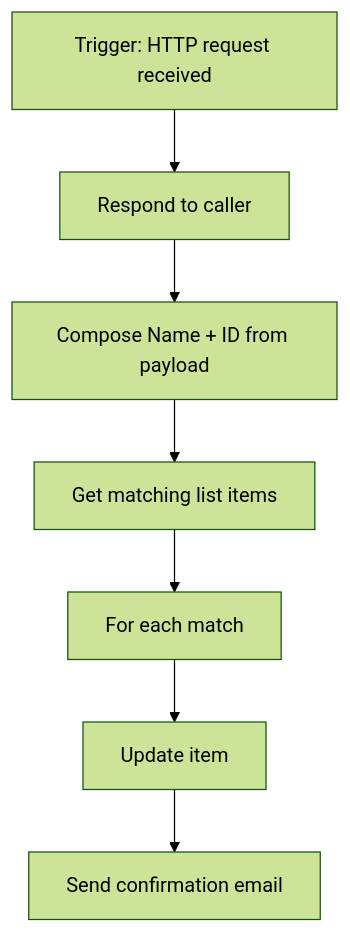
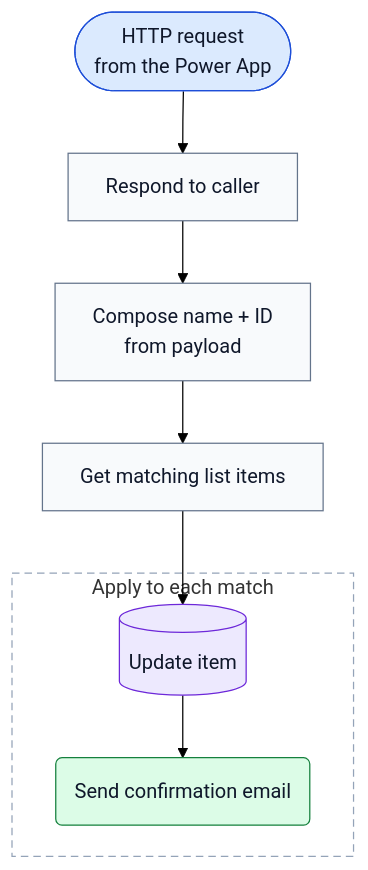
The diagram in docs/diagrams/capture-http-request.mmd (siddhantsingh2861/enterprise-HRMS-power-platform), drawn with Mermaid (forest theme) before and after one commit.

```diff
--- a/docs/diagrams/capture-http-request.mmd
+++ b/docs/diagrams/capture-http-request.mmd
@@ -1,7 +1,19 @@
 flowchart TD
-    T["Trigger: HTTP request received"] --> RS["Respond to caller"]
-    RS --> C["Compose Name + ID from payload"]
-    C --> G["Get matching list items"]
-    G --> L["For each match"]
-    L --> U["Update item"]
-    U --> E["Send confirmation email"]
+    T(["HTTP request<br/>from the Power App"]):::trigger --> RS["Respond to caller"]:::action
+    RS --> C["Compose name + ID<br/>from payload"]:::action
+    C --> G["Get matching list items"]:::action
+    G --> U
+
+    subgraph LOOP["Apply to each match"]
+        U[("Update item")]:::data
+        U --> E("Send confirmation email"):::notify
+    end
+
+    style LOOP fill:none,stroke:#94a3b8,stroke-dasharray:6 4
+
+    classDef trigger fill:#dbeafe,stroke:#1d4ed8,color:#0f172a
+    classDef decision fill:#fef3c7,stroke:#b45309,color:#0f172a
+    classDef action fill:#f8fafc,stroke:#64748b,color:#0f172a
+    classDef data fill:#ede9fe,stroke:#6d28d9,color:#0f172a
+    classDef notify fill:#dcfce7,stroke:#15803d,color:#0f172a
+    classDef noop fill:#ffffff,stroke:#94a3b8,stroke-dasharray:4 3,color:#64748b
```
